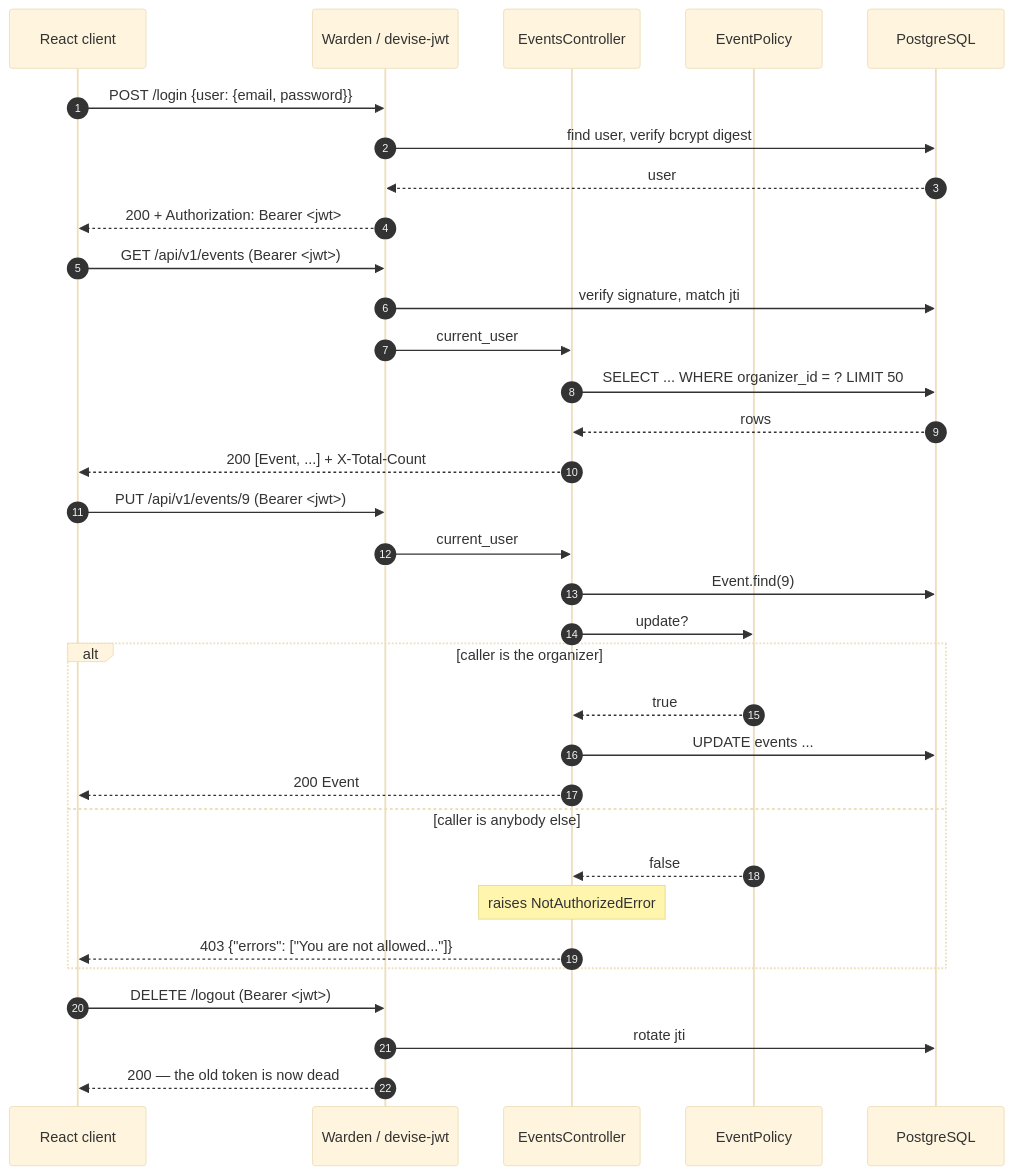
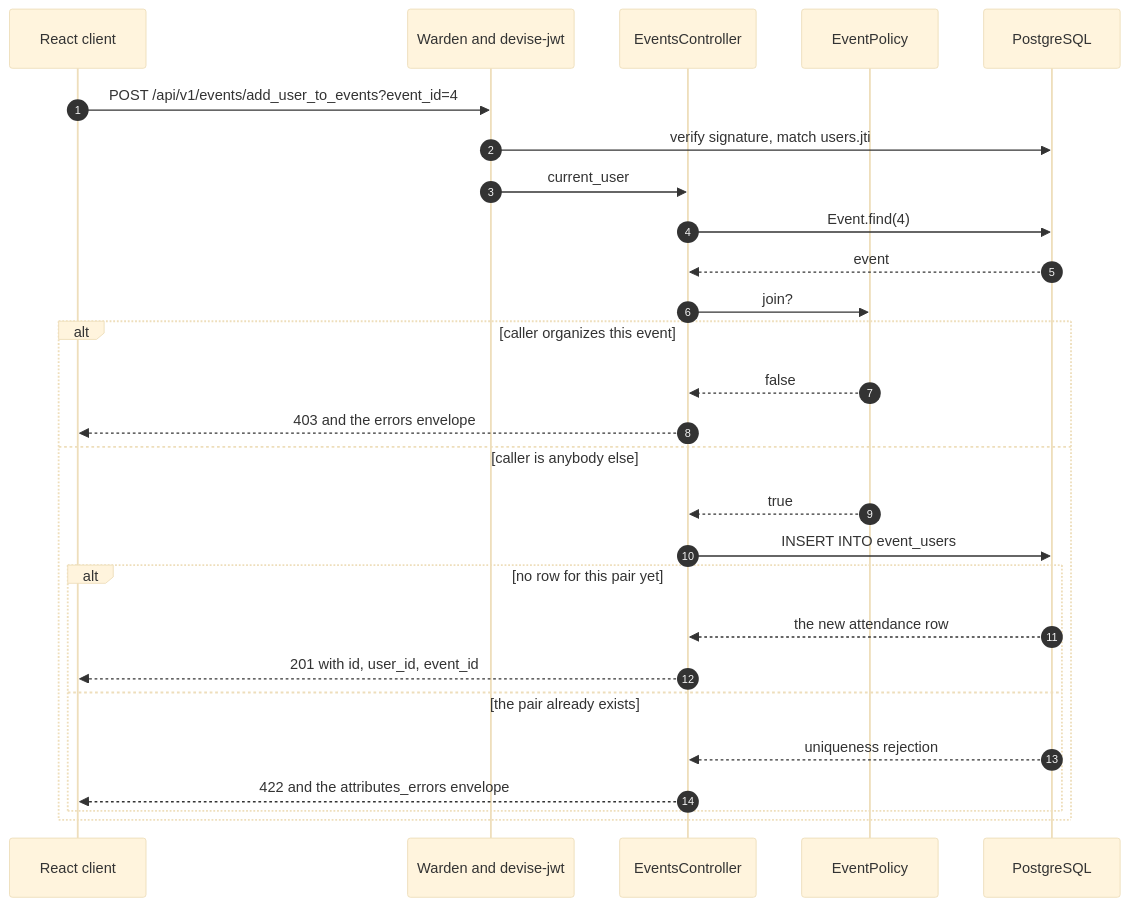
The second of 2 diagrams in README.md (TCMS31/event_management_app_BE), drawn with Mermaid (base theme) before and after one commit. The commit also changed other lines of this file, not shown here.

````diff
--- a/README.md
+++ b/README.md
@@ -92,39 +92,30 @@
 ```mermaid
 sequenceDiagram
     autonumber
     participant C as React client
-    participant W as Warden / devise-jwt
-    participant E as EventsController
+    participant W as Warden and devise-jwt
+    participant A as EventsController
     participant P as EventPolicy
     participant DB as PostgreSQL
 
-    C->>W: POST /login {user: {email, password}}
-    W->>DB: find user, verify bcrypt digest
-    DB-->>W: user
-    W-->>C: 200 + Authorization: Bearer <jwt>
-
-    C->>W: GET /api/v1/events (Bearer <jwt>)
-    W->>DB: verify signature, match jti
-    W->>E: current_user
-    E->>DB: SELECT ... WHERE organizer_id = ? LIMIT 50
-    DB-->>E: rows
-    E-->>C: 200 [Event, ...] + X-Total-Count
-
-    C->>W: PUT /api/v1/events/9 (Bearer <jwt>)
-    W->>E: current_user
-    E->>DB: Event.find(9)
-    E->>P: update?
-    alt caller is the organizer
-        P-->>E: true
-        E->>DB: UPDATE events ...
-        E-->>C: 200 Event
+    C->>W: POST /api/v1/events/add_user_to_events?event_id=4
+    W->>DB: verify signature, match users.jti
+    W->>A: current_user
+    A->>DB: Event.find(4)
+    DB-->>A: event
+    A->>P: join?
+    alt caller organizes this event
+        P-->>A: false
+        A-->>C: 403 and the errors envelope
     else caller is anybody else
-        P-->>E: false
-        Note over E: raises NotAuthorizedError
-        E-->>C: 403 {"errors": ["You are not allowed..."]}
+        P-->>A: true
+        A->>DB: INSERT INTO event_users
+        alt no row for this pair yet
+            DB-->>A: the new attendance row
+            A-->>C: 201 with id, user_id, event_id
+        else the pair already exists
+            DB-->>A: uniqueness rejection
+            A-->>C: 422 and the attributes_errors envelope
+        end
     end
-
-    C->>W: DELETE /logout (Bearer <jwt>)
-    W->>DB: rotate jti
-    W-->>C: 200 — the old token is now dead
 ```
````
